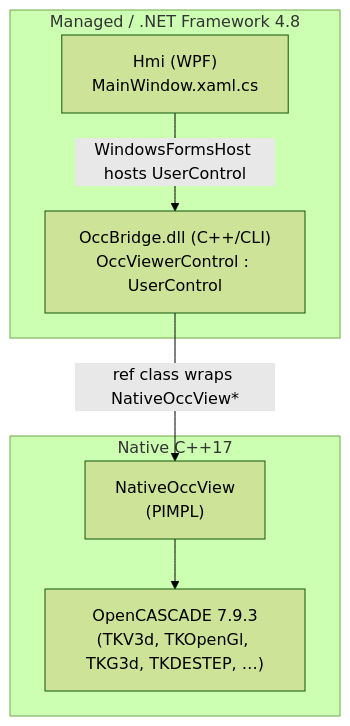
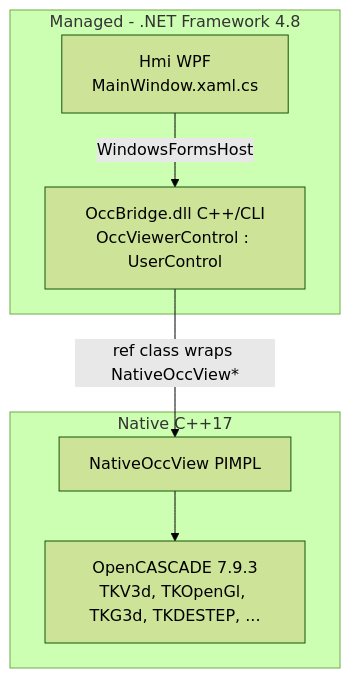
Before and after one commit to ChengChengYang0416/robot-simulation: the first of 3 diagrams in Docs/README.md, drawn with Mermaid (forest theme). The commit also changed other lines of this file, not shown here.

````diff
--- a/Docs/README.md
+++ b/Docs/README.md
@@ -44,15 +53,15 @@
 ```mermaid
 flowchart TB
-    subgraph Managed[Managed / .NET Framework 4.8]
-        UI["Hmi (WPF)<br/>MainWindow.xaml.cs"]
-        Bridge["OccBridge.dll (C++/CLI)<br/>OccViewerControl : UserControl"]
+    subgraph Managed[Managed - .NET Framework 4.8]
+        UI[Hmi WPF<br/>MainWindow.xaml.cs]
+        Bridge[OccBridge.dll C++/CLI<br/>OccViewerControl : UserControl]
     end
     subgraph Native[Native C++17]
-        NV["NativeOccView<br/>(PIMPL)"]
-        OCCT["OpenCASCADE 7.9.3<br/>(TKV3d, TKOpenGl, TKG3d, TKDESTEP, …)"]
+        NV[NativeOccView PIMPL]
+        OCCT[OpenCASCADE 7.9.3<br/>TKV3d, TKOpenGl, TKG3d, TKDESTEP, ...]
     end
 
-    UI -- "WindowsFormsHost hosts UserControl" --> Bridge
-    Bridge -- "ref class wraps NativeOccView*" --> NV
+    UI -- WindowsFormsHost --> Bridge
+    Bridge -- ref class wraps NativeOccView* --> NV
     NV --> OCCT
 ```
````
